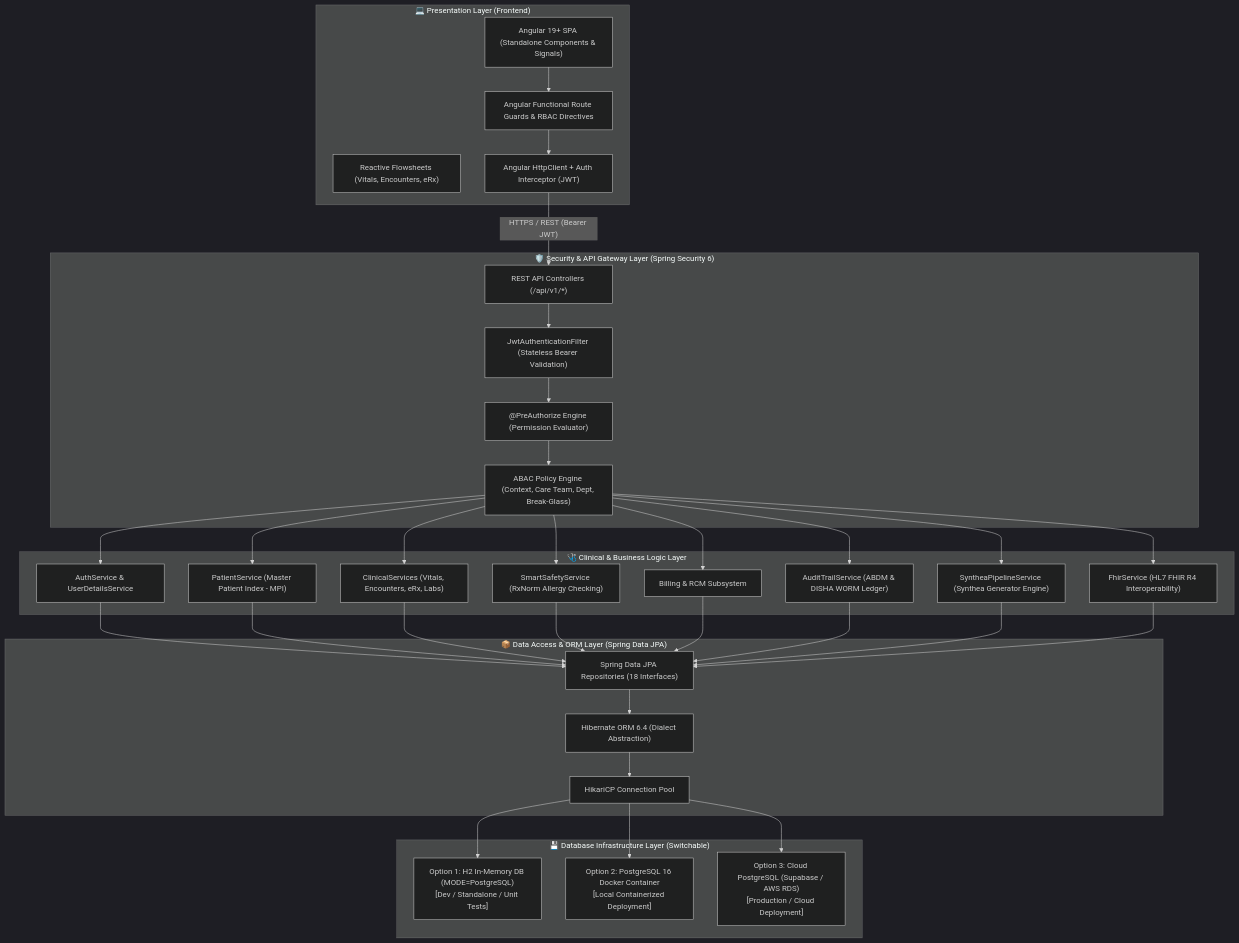
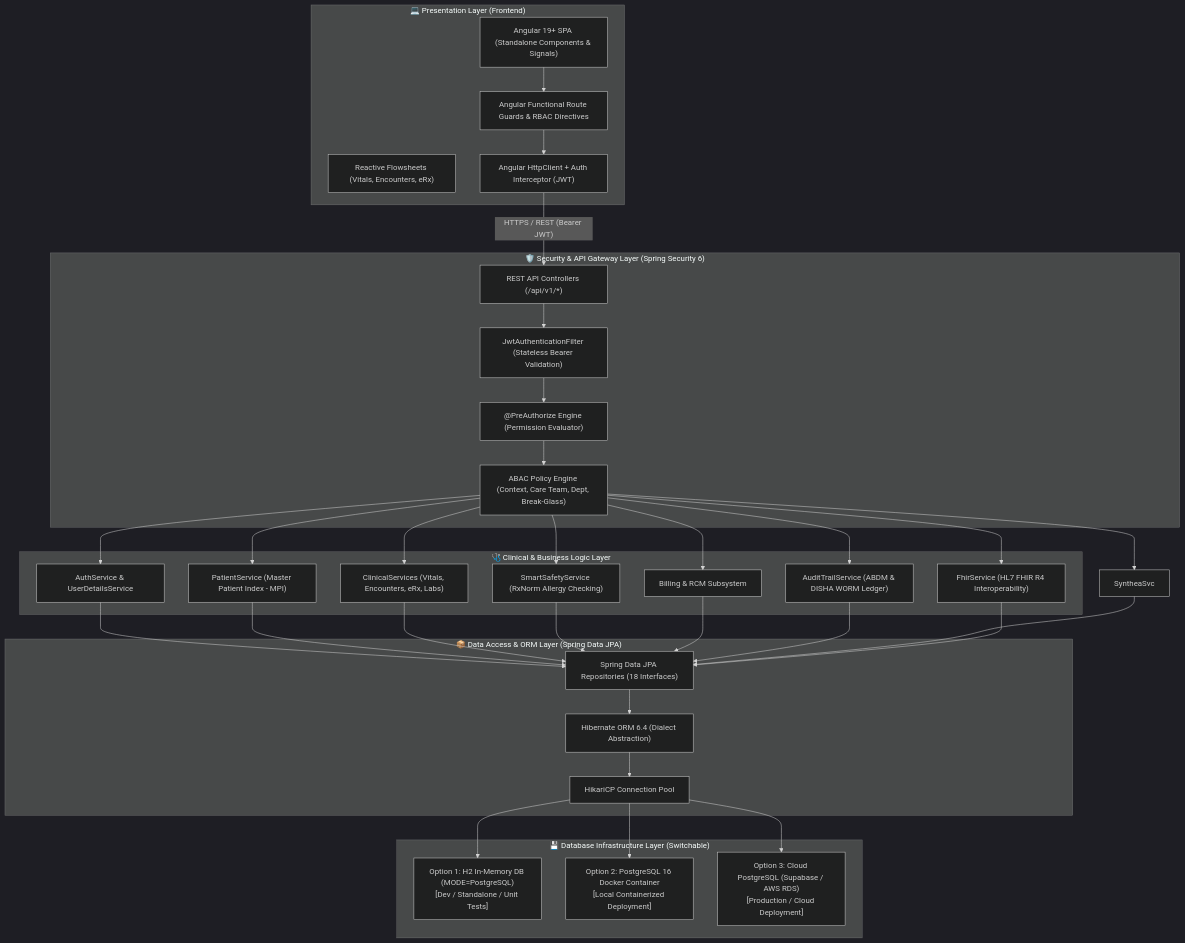
The first of 2 diagrams in docs/architecture/system-architecture-spec.md (kamranxdev/Sentinel-EHR), drawn with Mermaid (dark theme) before and after one commit. The commit also changed other lines of this file and 162 other files, not shown here.

````diff
--- a/docs/architecture/system-architecture-spec.md
+++ b/docs/architecture/system-architecture-spec.md
@@ -11,52 +11,51 @@
 ```mermaid
 flowchart TD
     subgraph Presentation_Layer ["💻 Presentation Layer (Frontend)"]
         SPA["Angular 19+ SPA (Standalone Components & Signals)"]
         Forms["Reactive Flowsheets (Vitals, Encounters, eRx)"]
         Guards["Angular Functional Route Guards & RBAC Directives"]
         HTTP["Angular HttpClient + Auth Interceptor (JWT)"]
     end
 
     subgraph Security_Layer ["🛡️ Security & API Gateway Layer (Spring Security 6)"]
         Gateway["REST API Controllers (/api/v1/*)"]
         JWTFilter["JwtAuthenticationFilter (Stateless Bearer Validation)"]
         RBAC["@PreAuthorize Engine (Permission Evaluator)"]
         ABAC["ABAC Policy Engine (Context, Care Team, Dept, Break-Glass)"]
     end
 
     subgraph Business_Layer ["🩺 Clinical & Business Logic Layer"]
         AuthSvc["AuthService & UserDetailsService"]
         PatientSvc["PatientService (Master Patient Index - MPI)"]
         ClinicalSvc["ClinicalServices (Vitals, Encounters, eRx, Labs)"]
         SafetyEngine["SmartSafetyService (RxNorm Allergy Checking)"]
         BillingSvc["Billing & RCM Subsystem"]
         AuditSvc["AuditTrailService (ABDM & DISHA WORM Ledger)"]
-        SyntheaSvc["SyntheaPipelineService (Synthea Generator Engine)"]
         FhirSvc["FhirService (HL7 FHIR R4 Interoperability)"]
     end
 
     subgraph Persistence_Layer ["📦 Data Access & ORM Layer (Spring Data JPA)"]
         JPA["Spring Data JPA Repositories (18 Interfaces)"]
         ORM["Hibernate ORM 6.4 (Dialect Abstraction)"]
         Pool["HikariCP Connection Pool"]
     end
 
     subgraph Storage_Layer ["💾 Database Infrastructure Layer (Switchable)"]
         H2["Option 1: H2 In-Memory DB (MODE=PostgreSQL)\n[Dev / Standalone / Unit Tests]"]
         PostgresDocker["Option 2: PostgreSQL 16 Docker Container\n[Local Containerized Deployment]"]
         SupabaseCloud["Option 3: Cloud PostgreSQL (Supabase / AWS RDS)\n[Production / Cloud Deployment]"]
     end
 
     SPA --> Guards --> HTTP
     HTTP -->|"HTTPS / REST (Bearer JWT)"| Gateway
     Gateway --> JWTFilter
     JWTFilter --> RBAC
     RBAC --> ABAC
     ABAC --> AuthSvc & PatientSvc & ClinicalSvc & SafetyEngine & BillingSvc & AuditSvc & SyntheaSvc & FhirSvc
     AuthSvc & PatientSvc & ClinicalSvc & SafetyEngine & BillingSvc & AuditSvc & SyntheaSvc & FhirSvc --> JPA
     JPA --> ORM
     ORM --> Pool
     Pool --> H2
     Pool --> PostgresDocker
     Pool --> SupabaseCloud
 ```
````
